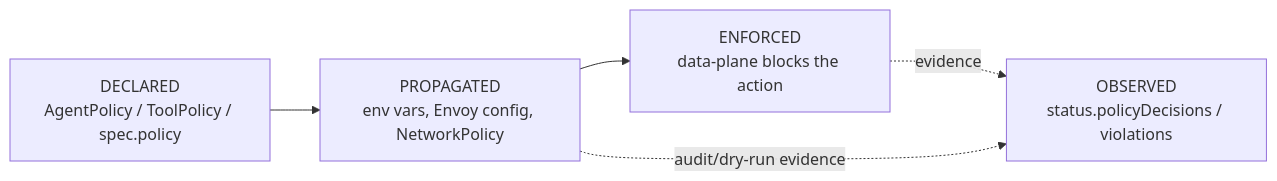
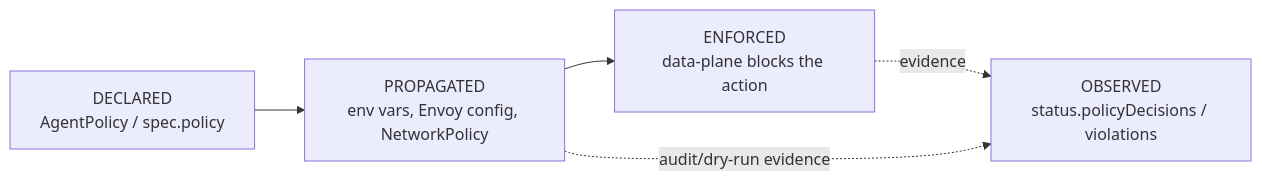
The first of 7 diagrams in docs/design/architecture.md (grantbarry29/Scrutineer), drawn with Mermaid before and after one commit. The commit also changed other lines of this file and 41 other files, not shown here.

````diff
--- a/docs/design/architecture.md
+++ b/docs/design/architecture.md
@@ -37,10 +37,10 @@
 ```mermaid
 flowchart LR
-    declared["DECLARED\nAgentPolicy / ToolPolicy / spec.policy"]
+    declared["DECLARED\nAgentPolicy / spec.policy"]
     propagated["PROPAGATED\nenv vars, Envoy config, NetworkPolicy"]
     observed["OBSERVED\nstatus.policyDecisions / violations"]
     enforced["ENFORCED\ndata-plane blocks the action"]
     declared --> propagated --> enforced
     enforced -.evidence.-> observed
     propagated -.audit/dry-run evidence.-> observed
 ```
````
